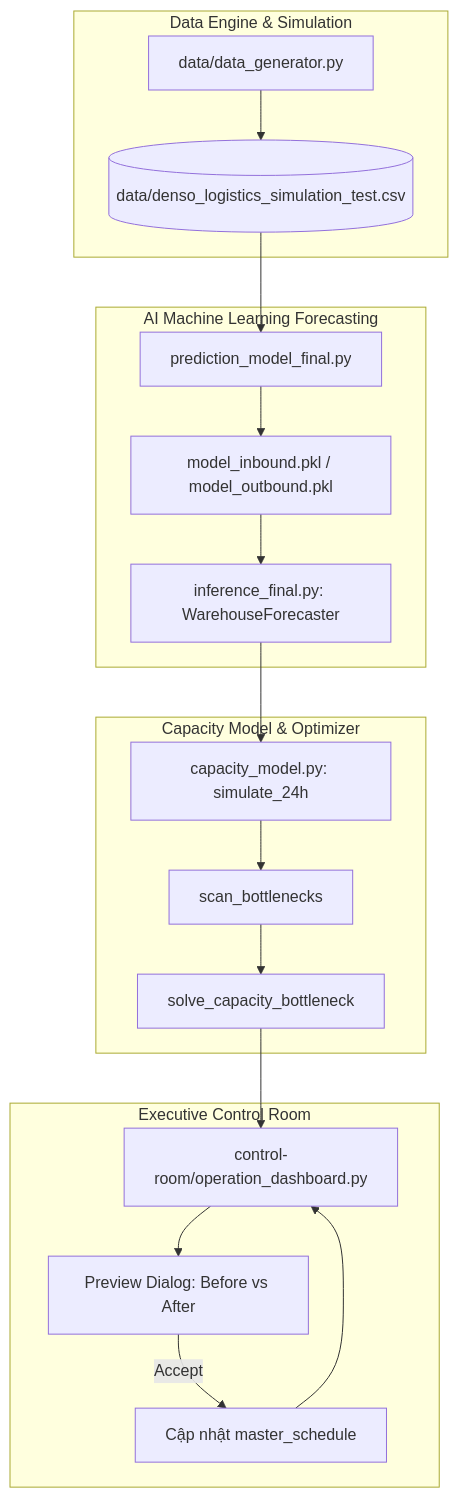
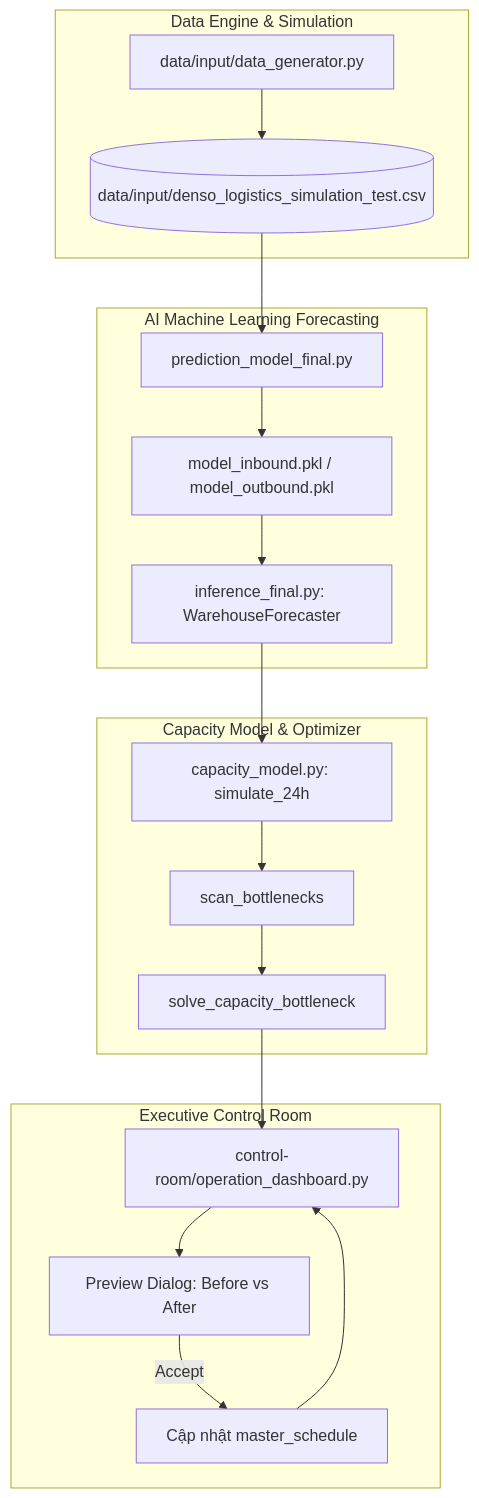
Before and after one commit to Hair-Nguyeenx/DENSO_Factory_Hackathons-D2-babi: the diagram in README.md, drawn with Mermaid. The commit also changed other lines of this file and 10 other files, not shown here.

````diff
--- a/README.md
+++ b/README.md
@@ -19,25 +19,25 @@
 ```mermaid
 flowchart TD
     subgraph DATA_TIER[Data Engine & Simulation]
-        DG[data/data_generator.py] --> CSV[(data/denso_logistics_simulation_test.csv)]
+        DG[data/input/data_generator.py] --> CSV[(data/input/denso_logistics_simulation_test.csv)]
     end
 
     subgraph AI_TIER[AI Machine Learning Forecasting]
         CSV --> TRAIN[prediction_model_final.py]
         TRAIN --> PKL[model_inbound.pkl / model_outbound.pkl]
         PKL --> INF[inference_final.py: WarehouseForecaster]
     end
 
     subgraph OPT_TIER[Capacity Model & Optimizer]
         INF --> SIM[capacity_model.py: simulate_24h]
         SIM --> SCAN[scan_bottlenecks]
         SCAN --> SOLVE[solve_capacity_bottleneck]
     end
 
     subgraph UI_TIER[Executive Control Room]
         SOLVE --> DASH[control-room/operation_dashboard.py]
         DASH --> PREVIEW[Preview Dialog: Before vs After]
         PREVIEW -->|Accept| MASTER[Cập nhật master_schedule]
         MASTER --> DASH
     end
 ```
````
